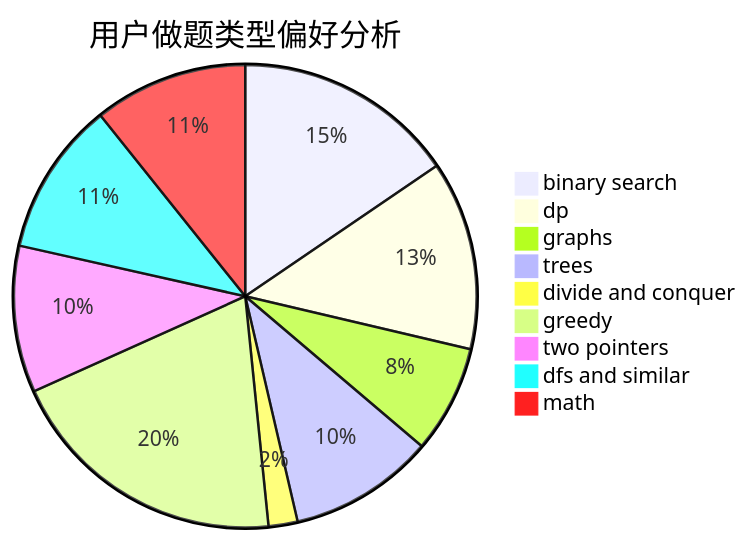
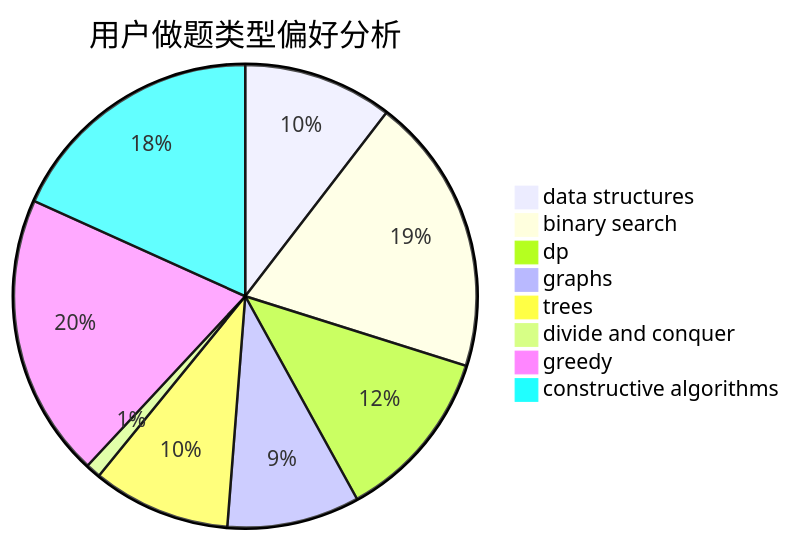
One commit to sherpahu/cfrs.github.io changed the second of 3 diagrams in docs/user/u1198.md. Above: the diagram before and after it, drawn with Mermaid. The commit also changed other lines of this file and 2775 other files, not shown here.

````diff
--- a/docs/user/u1198.md
+++ b/docs/user/u1198.md
@@ -23,12 +23,11 @@
 ```mermaid
 pie title 用户做题类型偏好分析
-    "binary search" :  183
-    "dp" :  156
-    "graphs" :  89
-    "trees" :  120
-    "divide and conquer" :  24
-    "greedy" :  235
-    "two pointers" :  121
-    "dfs and similar" :  127
-    "math" :  127
+    "data structures" :  80
+    "binary search" :  149
+    "dp" :  93
+    "graphs" :  71
+    "trees" :  74
+    "divide and conquer" :  8
+    "greedy" :  152
+    "constructive algorithms" :  140
 ```
````
